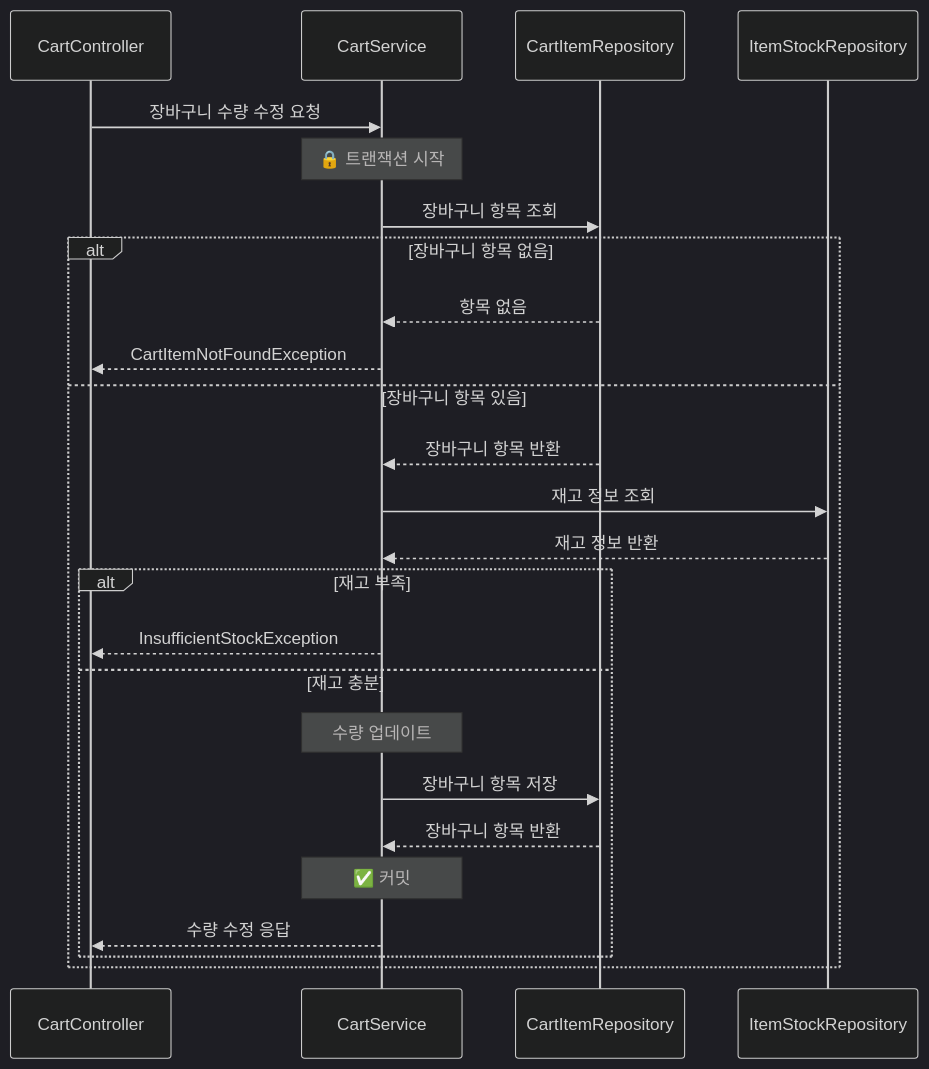
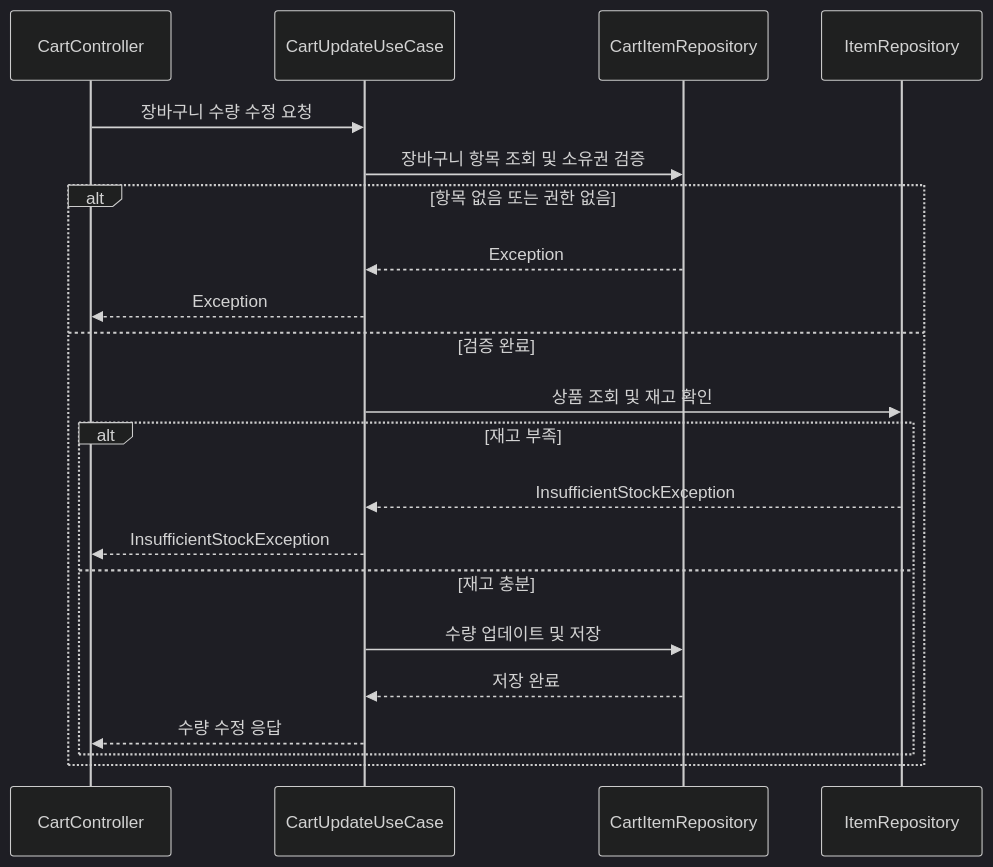
The sixth of 9 diagrams in README.md (hwangdaesun/e-commerce), drawn with Mermaid (dark theme) before and after one commit. The commit also changed other lines of this file, not shown here.

Commit message:
docs : 주문하기 시퀀스 다이어그램 수정

````diff
--- a/README.md
+++ b/README.md
@@ -136,28 +127,24 @@
 ```mermaid
- sequenceDiagram
+sequenceDiagram
       participant Controller as CartController
-      participant Service as CartService
+      participant UseCase as CartUpdateUseCase
       participant CartItemRepo as CartItemRepository
-      participant StockRepo as ItemStockRepository
+      participant ItemRepo as ItemRepository
 
-      Controller->>Service: 장바구니 수량 수정 요청
-      Note over Service: 🔒 트랜잭션 시작
-      Service->>CartItemRepo: 장바구니 항목 조회
-      alt 장바구니 항목 없음
-          CartItemRepo-->>Service: 항목 없음
-          Service-->>Controller: CartItemNotFoundException
-      else 장바구니 항목 있음
-          CartItemRepo-->>Service: 장바구니 항목 반환
-          Service->>StockRepo: 재고 정보 조회
-          StockRepo-->>Service: 재고 정보 반환
+      Controller->>UseCase: 장바구니 수량 수정 요청
+      UseCase->>CartItemRepo: 장바구니 항목 조회 및 소유권 검증
+      alt 항목 없음 또는 권한 없음
+          CartItemRepo-->>UseCase: Exception
+          UseCase-->>Controller: Exception
+      else 검증 완료
+          UseCase->>ItemRepo: 상품 조회 및 재고 확인
           alt 재고 부족
-              Service-->>Controller: InsufficientStockException
+              ItemRepo-->>UseCase: InsufficientStockException
+              UseCase-->>Controller: InsufficientStockException
           else 재고 충분
-              Note over Service: 수량 업데이트
-              Service->>CartItemRepo: 장바구니 항목 저장
-              CartItemRepo-->>Service: 장바구니 항목 반환
-              Note over Service: ✅ 커밋
-              Service-->>Controller: 수량 수정 응답
+              UseCase->>CartItemRepo: 수량 업데이트 및 저장
+              CartItemRepo-->>UseCase: 저장 완료
+              UseCase-->>Controller: 수량 수정 응답
           end
       end
 ```
````
